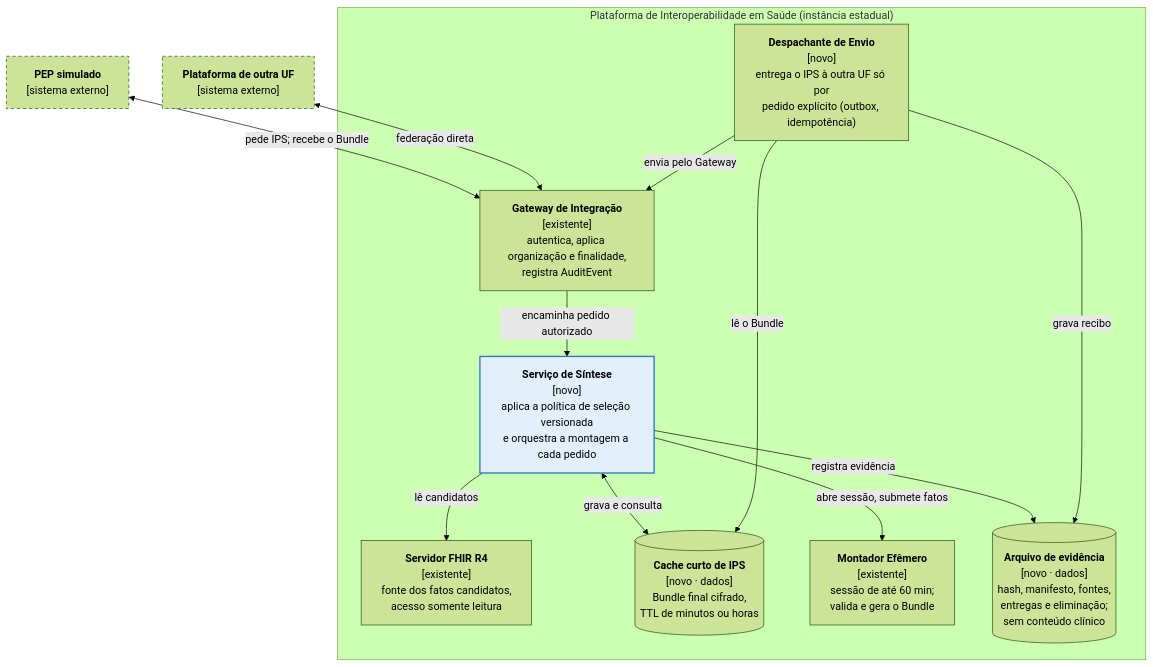
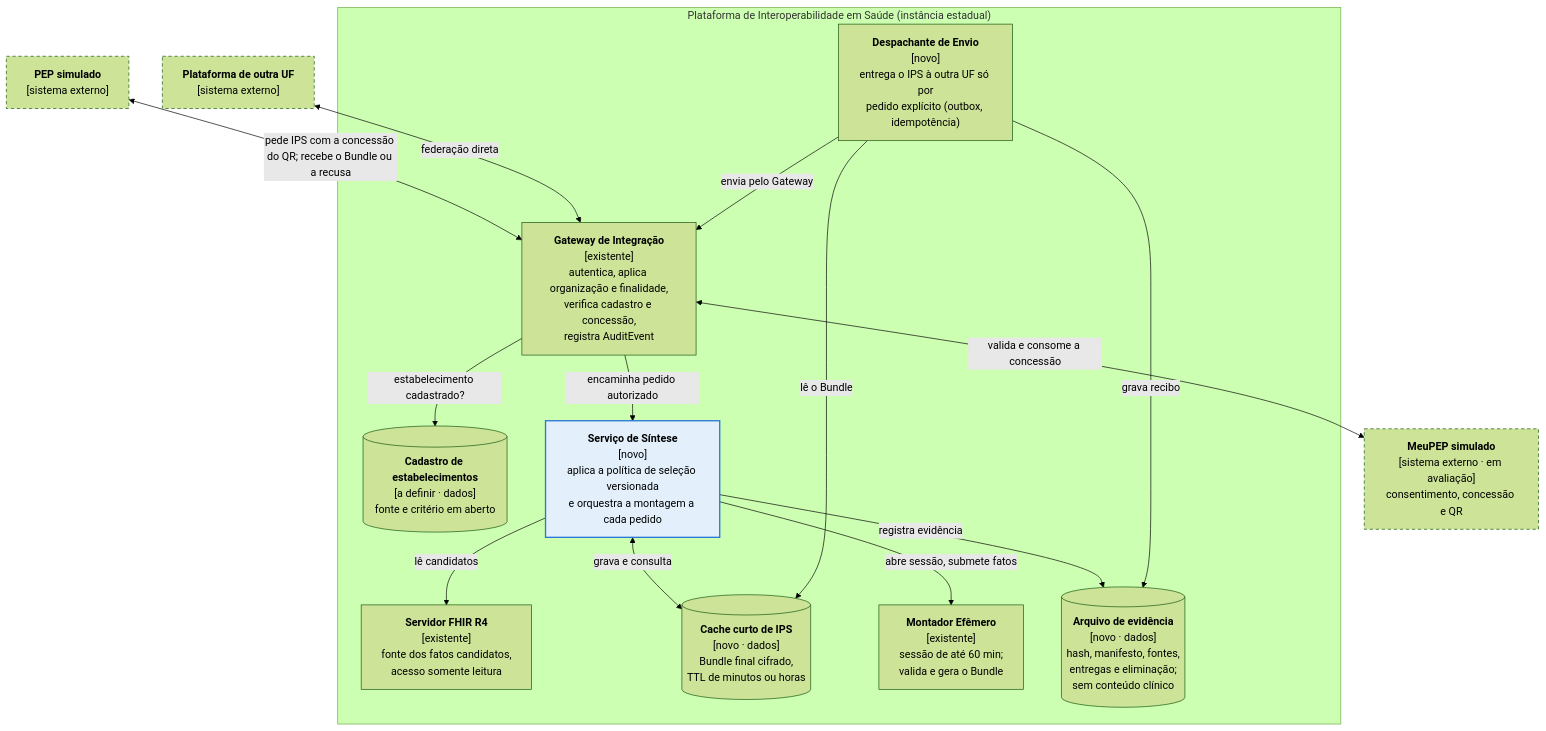
One commit to kyriosdata/design-2026-02 changed the second of 6 diagrams in docs/diagramas-c4-ips.md. Above: the diagram before and after it, drawn with Mermaid (forest theme). The commit also changed other lines of this file and 1 other file, not shown here.

First line of the commit message:
docs(ips): pedido do IPS via QR code do paciente

````diff
--- a/docs/diagramas-c4-ips.md
+++ b/docs/diagramas-c4-ips.md
@@ -39,31 +44,35 @@
 ```mermaid
 flowchart TB
     pep["<b>PEP simulado</b><br/>[sistema externo]"]
+    meupep["<b>MeuPEP simulado</b><br/>[sistema externo · em avaliação]<br/>consentimento, concessão e QR"]
     uf["<b>Plataforma de outra UF</b><br/>[sistema externo]"]
 
     subgraph plat["Plataforma de Interoperabilidade em Saúde (instância estadual)"]
-        gw["<b>Gateway de Integração</b><br/>[existente]<br/>autentica, aplica organização e finalidade,<br/>registra AuditEvent"]
+        gw["<b>Gateway de Integração</b><br/>[existente]<br/>autentica, aplica organização e finalidade,<br/>verifica cadastro e concessão,<br/>registra AuditEvent"]
+        cad[("<b>Cadastro de estabelecimentos</b><br/>[a definir · dados]<br/>fonte e critério em aberto")]
         fhir["<b>Servidor FHIR R4</b><br/>[existente]<br/>fonte dos fatos candidatos,<br/>acesso somente leitura"]
         sint["<b>Serviço de Síntese</b><br/>[novo]<br/>aplica a política de seleção versionada<br/>e orquestra a montagem a cada pedido"]
         cache[("<b>Cache curto de IPS</b><br/>[novo · dados]<br/>Bundle final cifrado,<br/>TTL de minutos ou horas")]
         mont["<b>Montador Efêmero</b><br/>[existente]<br/>sessão de até 60 min;<br/>valida e gera o Bundle"]
         arq[("<b>Arquivo de evidência</b><br/>[novo · dados]<br/>hash, manifesto, fontes,<br/>entregas e eliminação;<br/>sem conteúdo clínico")]
         desp["<b>Despachante de Envio</b><br/>[novo]<br/>entrega o IPS à outra UF só por<br/>pedido explícito (outbox, idempotência)"]
     end
 
-    pep <-->|"pede IPS; recebe o Bundle"| gw
+    pep <-->|"pede IPS com a concessão do QR; recebe o Bundle ou a recusa"| gw
+    gw -->|"estabelecimento cadastrado?"| cad
+    gw <-->|"valida e consome a concessão"| meupep
     uf <-->|"federação direta"| gw
     gw -->|"encaminha pedido autorizado"| sint
     sint -->|"lê candidatos"| fhir
     sint <-->|"grava e consulta"| cache
     sint -->|"abre sessão, submete fatos"| mont
     sint -->|"registra evidência"| arq
     desp -->|"lê o Bundle"| cache
     desp -->|"grava recibo"| arq
     desp -->|"envia pelo Gateway"| gw
 
     classDef novo fill:#e3f0fb,stroke:#2b78d4,stroke-width:2px
     classDef ext stroke-dasharray:5 4
     class sint novo
-    class pep,uf ext
+    class pep,uf,meupep ext
 ```
````
